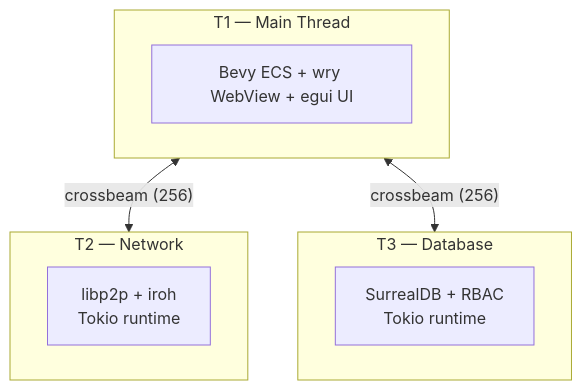
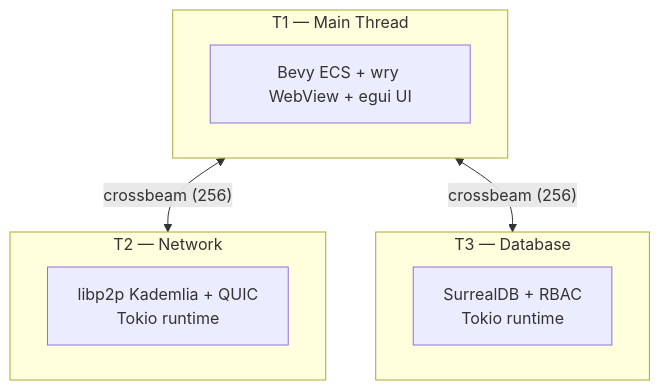
The first of 2 diagrams in docs/diagrams.md (Escherbridge/fractalengine), drawn with Mermaid before and after one commit. The commit also changed other lines of this file and 4 other files, not shown here.

First line of the commit message:
docs(diagrams): redraw system, network and sync diagrams to the seven-thread topology

````diff
--- a/docs/diagrams.md
+++ b/docs/diagrams.md
@@ -29,17 +29,17 @@
 ```mermaid
 graph TB
     subgraph T1["T1 — Main Thread"]
         Bevy[Bevy ECS + wry WebView + egui UI]
     end
 
     subgraph T2["T2 — Network"]
-        Net[libp2p + iroh<br/>Tokio runtime]
+        Net[libp2p Kademlia + QUIC<br/>Tokio runtime]
     end
 
     subgraph T3["T3 — Database"]
         DB[SurrealDB + RBAC<br/>Tokio runtime]
     end
 
     T1 <-->|"crossbeam (256)"| T2
     T1 <-->|"crossbeam (256)"| T3
 ```
````
